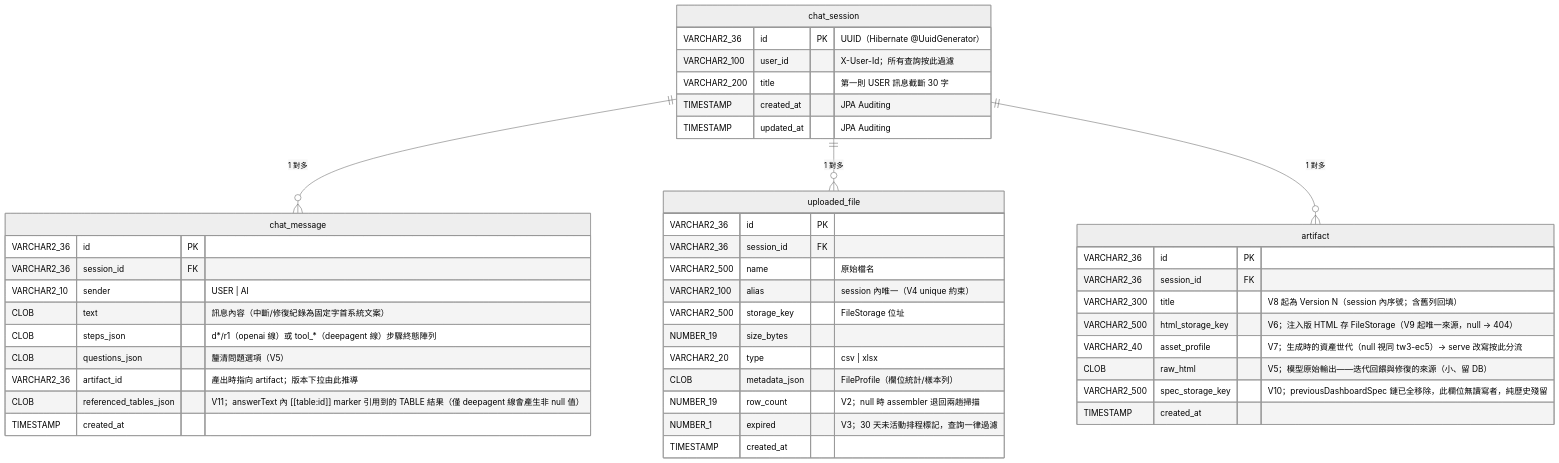
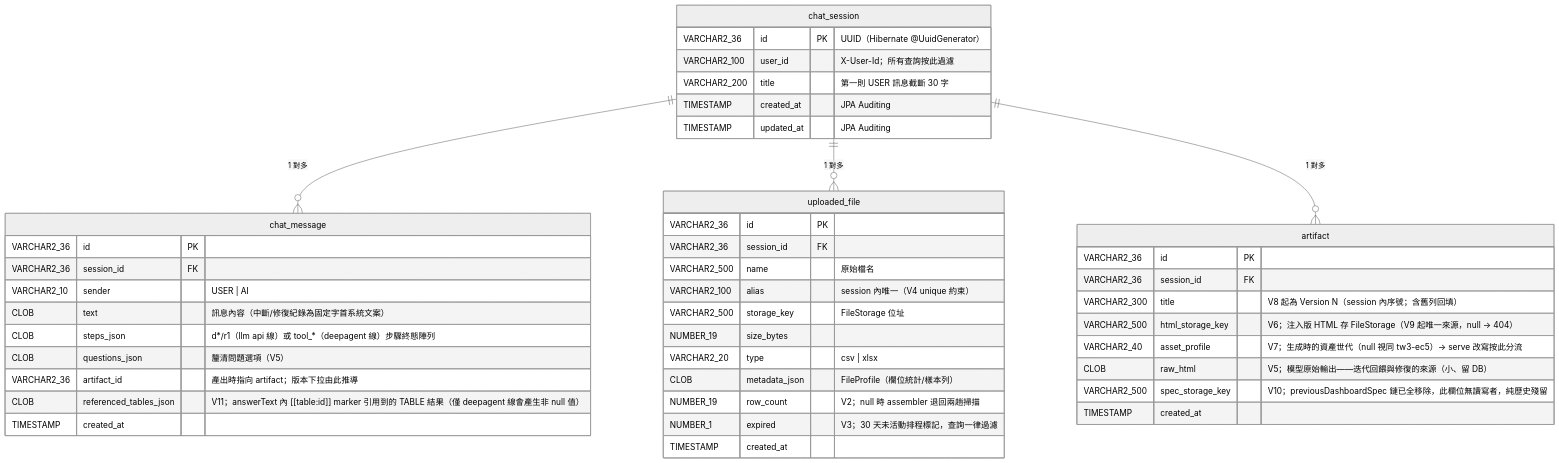
Before and after one commit to Michelle12369/cowork: the fourth of 4 diagrams in docs/architecture.md, drawn with Mermaid (neutral theme). The commit also changed other lines of this file and 14 other files, not shown here.

First line of the commit message:
docs: restructure architecture + relocate compose info; remove dead intermediate-table render path

````diff
--- a/docs/architecture.md
+++ b/docs/architecture.md
@@ -415,48 +393,48 @@
 ```mermaid
 erDiagram
     chat_session ||--o{ chat_message : "1 對多"
     chat_session ||--o{ uploaded_file : "1 對多"
     chat_session ||--o{ artifact : "1 對多"
 
     chat_session {
         VARCHAR2_36 id PK "UUID（Hibernate @UuidGenerator）"
         VARCHAR2_100 user_id "X-User-Id；所有查詢按此過濾"
         VARCHAR2_200 title "第一則 USER 訊息截斷 30 字"
         TIMESTAMP created_at "JPA Auditing"
         TIMESTAMP updated_at "JPA Auditing"
     }
     chat_message {
         VARCHAR2_36 id PK
         VARCHAR2_36 session_id FK
         VARCHAR2_10 sender "USER | AI"
         CLOB text "訊息內容（中斷/修復紀錄為固定字首系統文案）"
-        CLOB steps_json "d*/r1（openai 線）或 tool_*（deepagent 線）步驟終態陣列"
+        CLOB steps_json "d*/r1（llm api 線）或 tool_*（deepagent 線）步驟終態陣列"
         CLOB questions_json "釐清問題選項（V5）"
         VARCHAR2_36 artifact_id "產出時指向 artifact；版本下拉由此推導"
         CLOB referenced_tables_json "V11；answerText 內 [[table:id]] marker 引用到的 TABLE 結果（僅 deepagent 線會產生非 null 值）"
         TIMESTAMP created_at
     }
     uploaded_file {
         VARCHAR2_36 id PK
         VARCHAR2_36 session_id FK
         VARCHAR2_500 name "原始檔名"
         VARCHAR2_100 alias "session 內唯一（V4 unique 約束）"
         VARCHAR2_500 storage_key "FileStorage 位址"
         NUMBER_19 size_bytes
         VARCHAR2_20 type "csv | xlsx"
         CLOB metadata_json "FileProfile（欄位統計/樣本列）"
         NUMBER_19 row_count "V2；null 時 assembler 退回兩趟掃描"
         NUMBER_1 expired "V3；30 天未活動排程標記，查詢一律過濾"
         TIMESTAMP created_at
     }
     artifact {
         VARCHAR2_36 id PK
         VARCHAR2_36 session_id FK
         VARCHAR2_300 title "V8 起為 Version N（session 內序號；含舊列回填）"
         VARCHAR2_500 html_storage_key "V6；注入版 HTML 存 FileStorage（V9 起唯一來源，null → 404）"
         VARCHAR2_40 asset_profile "V7；生成時的資產世代（null 視同 tw3-ec5）→ serve 改寫按此分流"
         CLOB raw_html "V5；模型原始輸出——迭代回餵與修復的來源（小、留 DB）"
         VARCHAR2_500 spec_storage_key "V10；previousDashboardSpec 鏈已全移除，此欄位無讀寫者，純歷史殘留"
         TIMESTAMP created_at
     }
 ```
````
